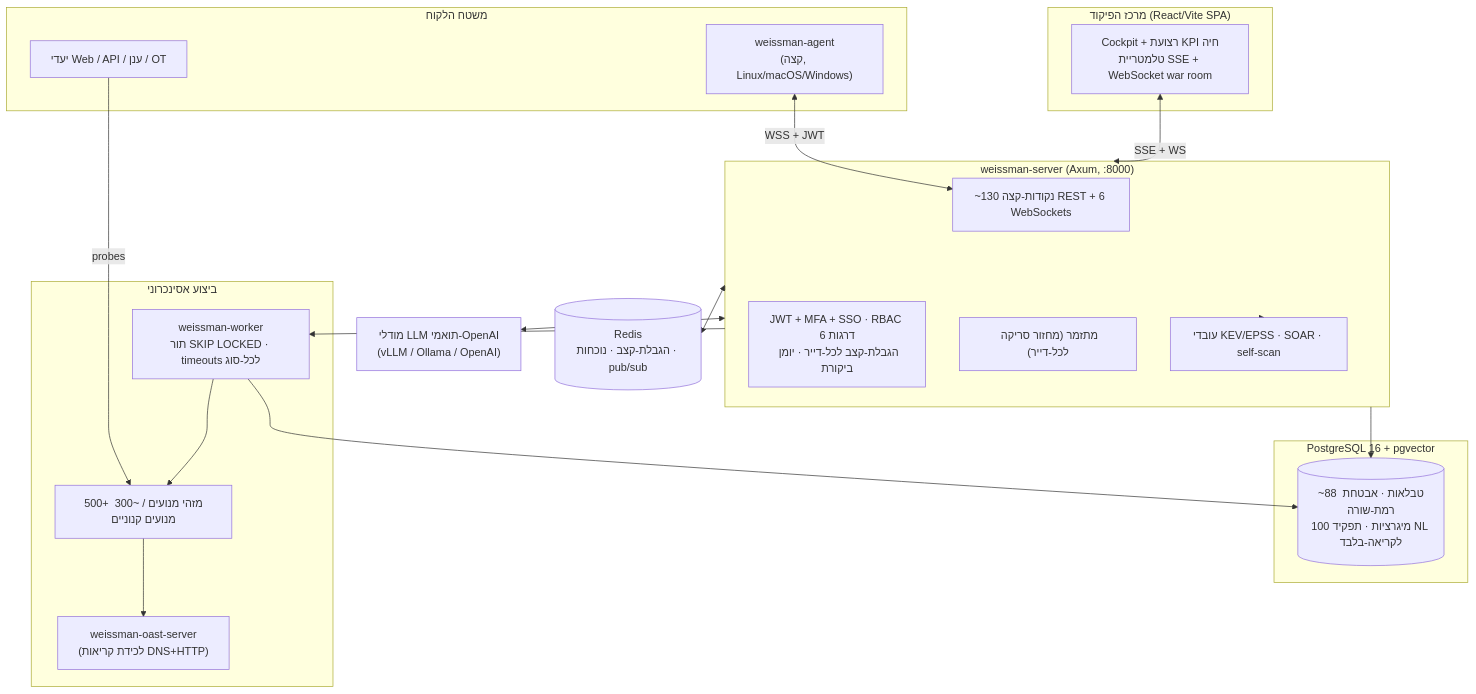
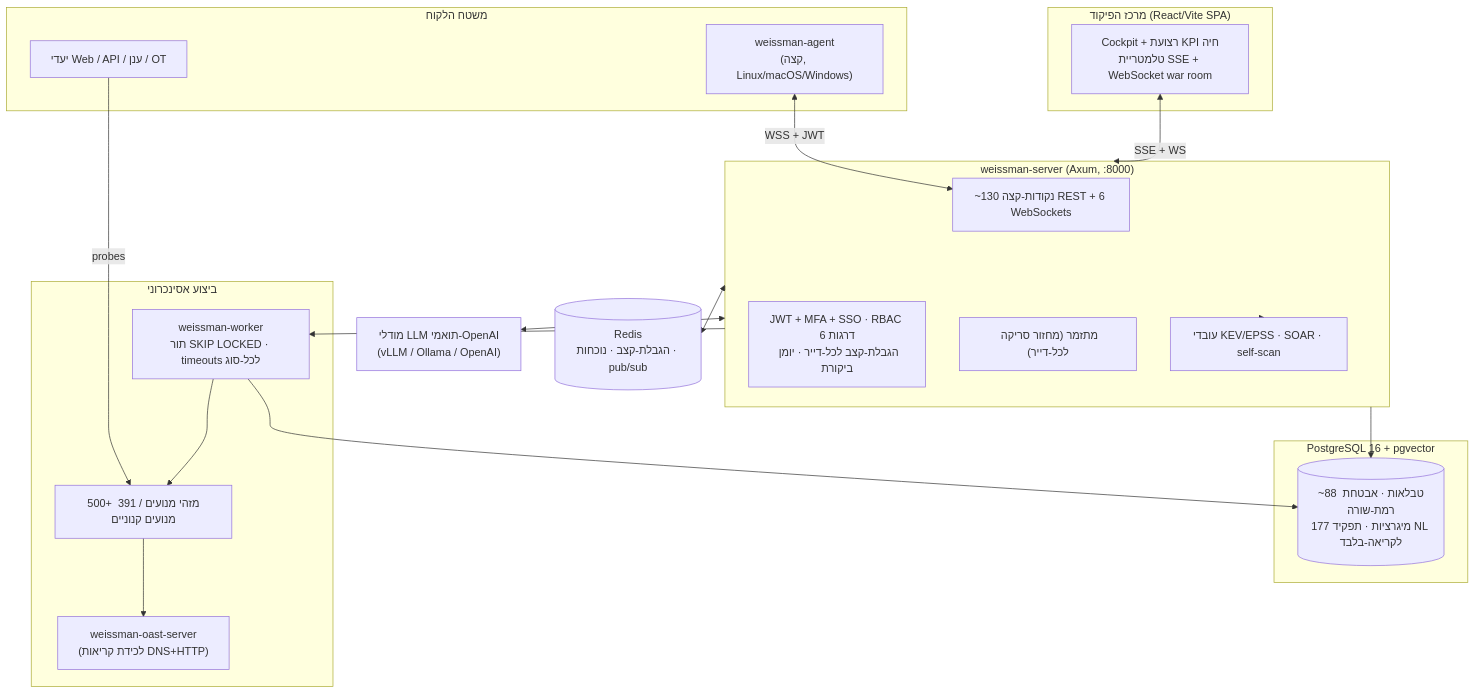
The diagram in Weissman_Cybersecurity_מסמך_טכני_מנהלי_עברית.md (israel12132/weissman-cybersecurity), drawn with Mermaid before and after one commit. The commit also changed other lines of this file and 28 other files, not shown here.

````diff
--- a/Weissman_Cybersecurity_מסמך_טכני_מנהלי_עברית.md
+++ b/Weissman_Cybersecurity_מסמך_טכני_מנהלי_עברית.md
@@ -98,43 +98,43 @@
 ```mermaid
 flowchart TB
     subgraph client["משטח הלקוח"]
       WEB["יעדי Web / API / ענן / OT"]
       AGENT["weissman-agent\n(קצה, Linux/macOS/Windows)"]
     end
 
     subgraph ui["מרכז הפיקוד (React/Vite SPA)"]
       COCKPIT["Cockpit + רצועת KPI חיה\nטלמטריית SSE + WebSocket war room"]
     end
 
     subgraph api["weissman-server (Axum, :8000)"]
       ROUTES["~130 נקודות-קצה REST + 6 WebSockets"]
       AUTHZ["JWT + MFA + SSO · RBAC 6 דרגות\nהגבלת-קצב לכל-דייר · יומן ביקורת"]
       ORCH["מתזמר (מחזור סריקה לכל-דייר)"]
       INTEL["עובדי KEV/EPSS · SOAR · self-scan"]
     end
 
     subgraph data["PostgreSQL 16 + pgvector"]
-      DB[("~88 טבלאות · אבטחת רמת-שורה\n100 מיגרציות · תפקיד NL לקריאה-בלבד")]
+      DB[("~88 טבלאות · אבטחת רמת-שורה\n177 מיגרציות · תפקיד NL לקריאה-בלבד")]
     end
 
     subgraph workers["ביצוע אסינכרוני"]
       WORKER["weissman-worker\nתור SKIP LOCKED · timeouts לכל-סוג"]
-      ENGINES["500+ מזהי מנועים / ~300 מנועים קנוניים"]
+      ENGINES["500+ מזהי מנועים / 391 מנועים קנוניים"]
       OAST["weissman-oast-server\n(לכידת קריאות DNS+HTTP)"]
     end
 
     LLM["מודלי LLM תואמי-OpenAI\n(vLLM / Ollama / OpenAI)"]
     REDIS[("Redis\nהגבלת-קצב · נוכחות · pub/sub")]
 
     COCKPIT <-->|SSE + WS| api
     WEB <-- probes --- ENGINES
     AGENT <-->|WSS + JWT| ROUTES
     api --> DB
     WORKER --> DB
     api --> WORKER
     WORKER --> ENGINES
     ENGINES --> OAST
     api <--> LLM
     api <--> REDIS
     api --> INTEL
 ```
````
